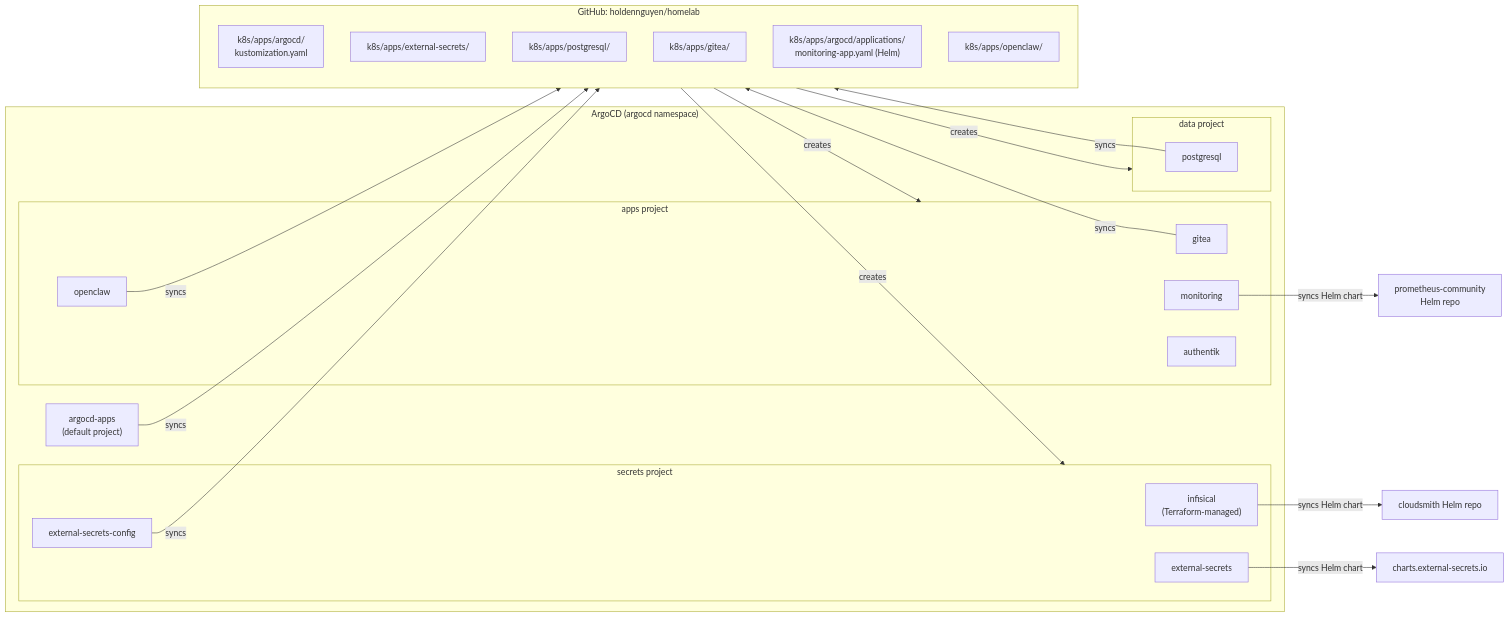
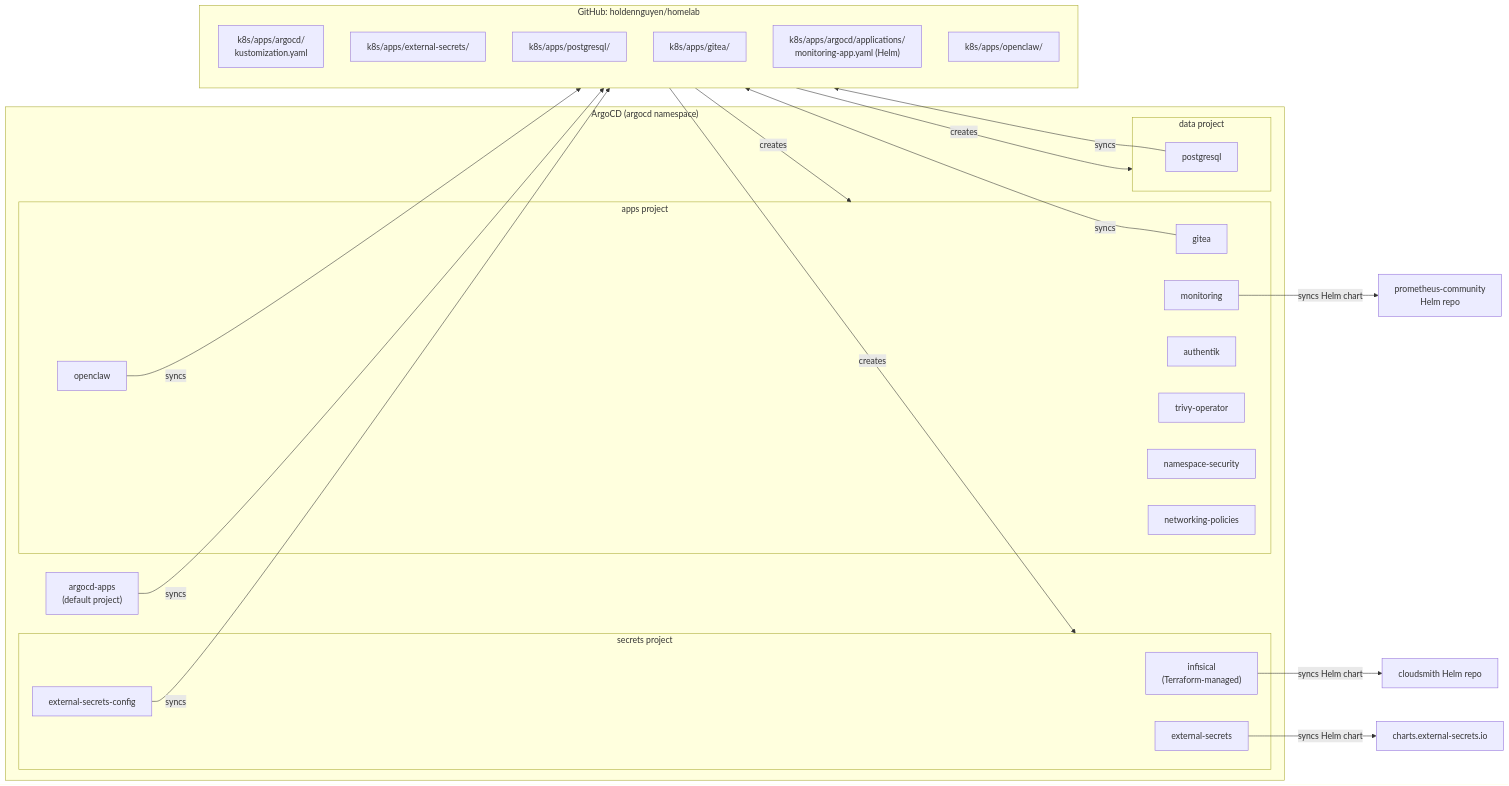
Before and after one commit to haingth77/homelab: the second of 4 diagrams in docs/architecture.md, drawn with Mermaid. The commit also changed other lines of this file and 2 other files, not shown here.

````diff
--- a/docs/architecture.md
+++ b/docs/architecture.md
@@ -81,46 +81,49 @@
 ```mermaid
 flowchart LR
     subgraph git["GitHub: holdennguyen/homelab"]
         direction TB
         RootDir["k8s/apps/argocd/\nkustomization.yaml"]
         ESDir["k8s/apps/external-secrets/"]
         PGDir["k8s/apps/postgresql/"]
         GiteaDir["k8s/apps/gitea/"]
         MonDir["k8s/apps/argocd/applications/\nmonitoring-app.yaml (Helm)"]
         OCDir["k8s/apps/openclaw/"]
     end
 
     subgraph argocd["ArgoCD (argocd namespace)"]
         RootApp["argocd-apps\n(default project)"]
 
         subgraph secretsProj["secrets project"]
             InfisicalApp["infisical\n(Terraform-managed)"]
             ESOApp["external-secrets"]
             ESCApp["external-secrets-config"]
         end
 
         subgraph dataProj["data project"]
             PGApp["postgresql"]
         end
 
         subgraph appsProj["apps project"]
             GiteaApp["gitea"]
             MonApp["monitoring"]
             AuthApp["authentik"]
             OCApp["openclaw"]
+            TrivyApp["trivy-operator"]
+            NSApp["namespace-security"]
+            NPApp["networking-policies"]
         end
     end
 
     RootApp -- "syncs" --> RootDir
     RootDir -- "creates" --> secretsProj
     RootDir -- "creates" --> dataProj
     RootDir -- "creates" --> appsProj
 
     ESOApp -- "syncs Helm chart" --> ESOChart["charts.external-secrets.io"]
     ESCApp -- "syncs" --> ESDir
     PGApp -- "syncs" --> PGDir
     GiteaApp -- "syncs" --> GiteaDir
     MonApp -- "syncs Helm chart" --> MonChart["prometheus-community\nHelm repo"]
     OCApp -- "syncs" --> OCDir
     InfisicalApp -- "syncs Helm chart" --> InfisicalChart["cloudsmith Helm repo"]
 ```
````
